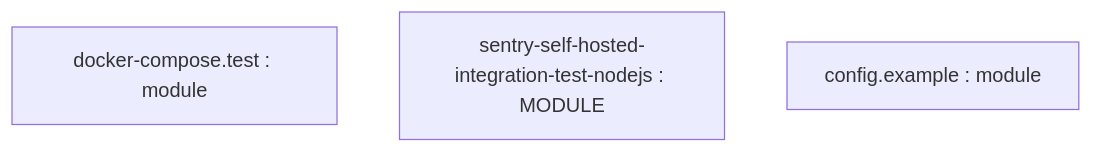
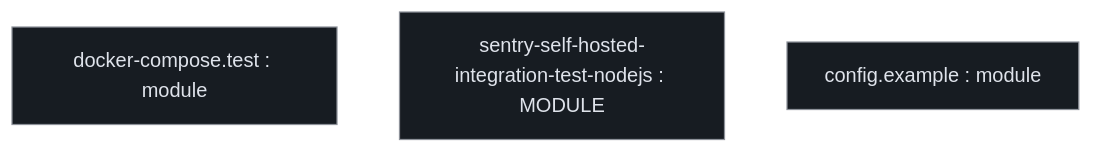
One commit to kumarshaz/atruss-code-atlas changed the first of 3 diagrams in exports/latest/reports/getsentry-self-hosted-report.md. Above: the diagram before and after it, drawn with Mermaid. The commit also changed other lines of this file and 331 other files, not shown here.

Commit message:
docs,ui,fix: update SDLC docs, reorder CI/CD DAG first, stylize Mermaid, and fix Arc42 pipeline topology

````diff
--- a/exports/latest/reports/getsentry-self-hosted-report.md
+++ b/exports/latest/reports/getsentry-self-hosted-report.md
@@ -42,6 +42,13 @@
 ```mermaid
 graph TD;
-    docker_compose_test["docker-compose.test : module"]
-    sentry_self_hosted_integration_test_nodejs["sentry-self-hosted-integration-test-nodejs : MODULE"]
-    config_example["config.example : module"]
+  classDef atlasRoot fill:#004882,stroke:#a3c9ff,stroke-width:2px,color:#d3e4ff
+  classDef atlasCategory fill:#212428,stroke:#E87A48,stroke-width:1.5px,color:#dfe3eb
+  classDef atlasWorkflow fill:#1b2026,stroke:#a3c9ff,stroke-width:1.5px,color:#dfe3eb
+  classDef atlasJob fill:#171c22,stroke:#8d9199,stroke-width:1px,color:#dfe3eb
+  classDef atlasTarget fill:#005227,stroke:#8bd99b,stroke-width:1.5px,color:#a7f6b6
+  classDef atlasAlert fill:#93000a,stroke:#ffb4ab,stroke-width:1.5px,color:#ffdad6
+  classDef atlasMore fill:#252a31,stroke:#8d9199,stroke-dasharray:4 4,color:#c3c6cf
+    docker_compose_test["docker-compose.test : module"]:::atlasJob
+    sentry_self_hosted_integration_test_nodejs["sentry-self-hosted-integration-test-nodejs : MODULE"]:::atlasJob
+    config_example["config.example : module"]:::atlasJob
 ```
````
